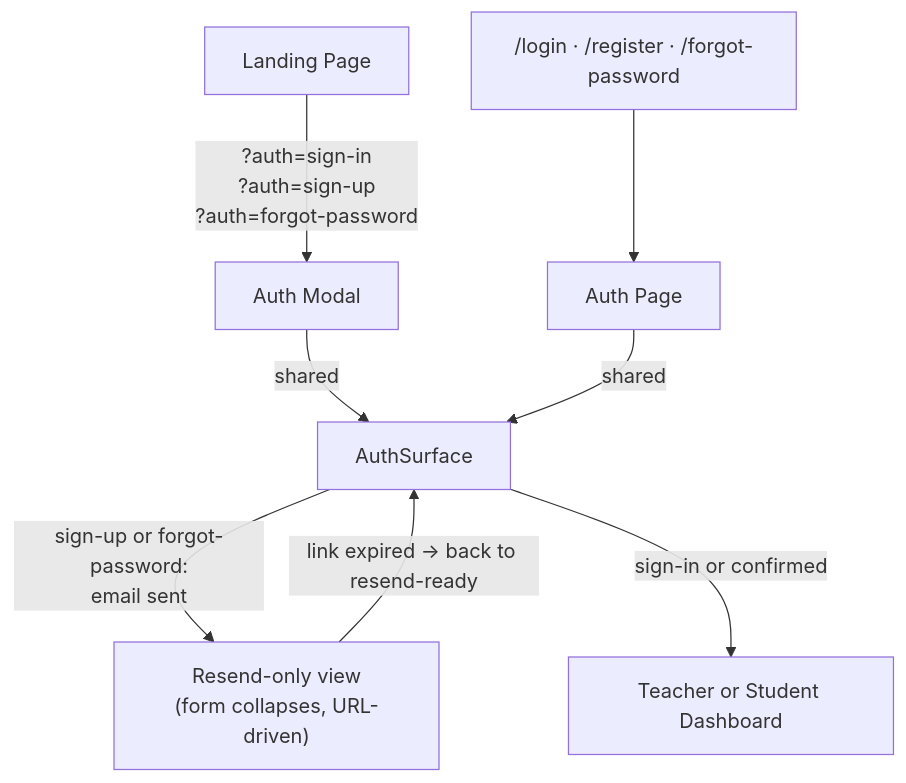
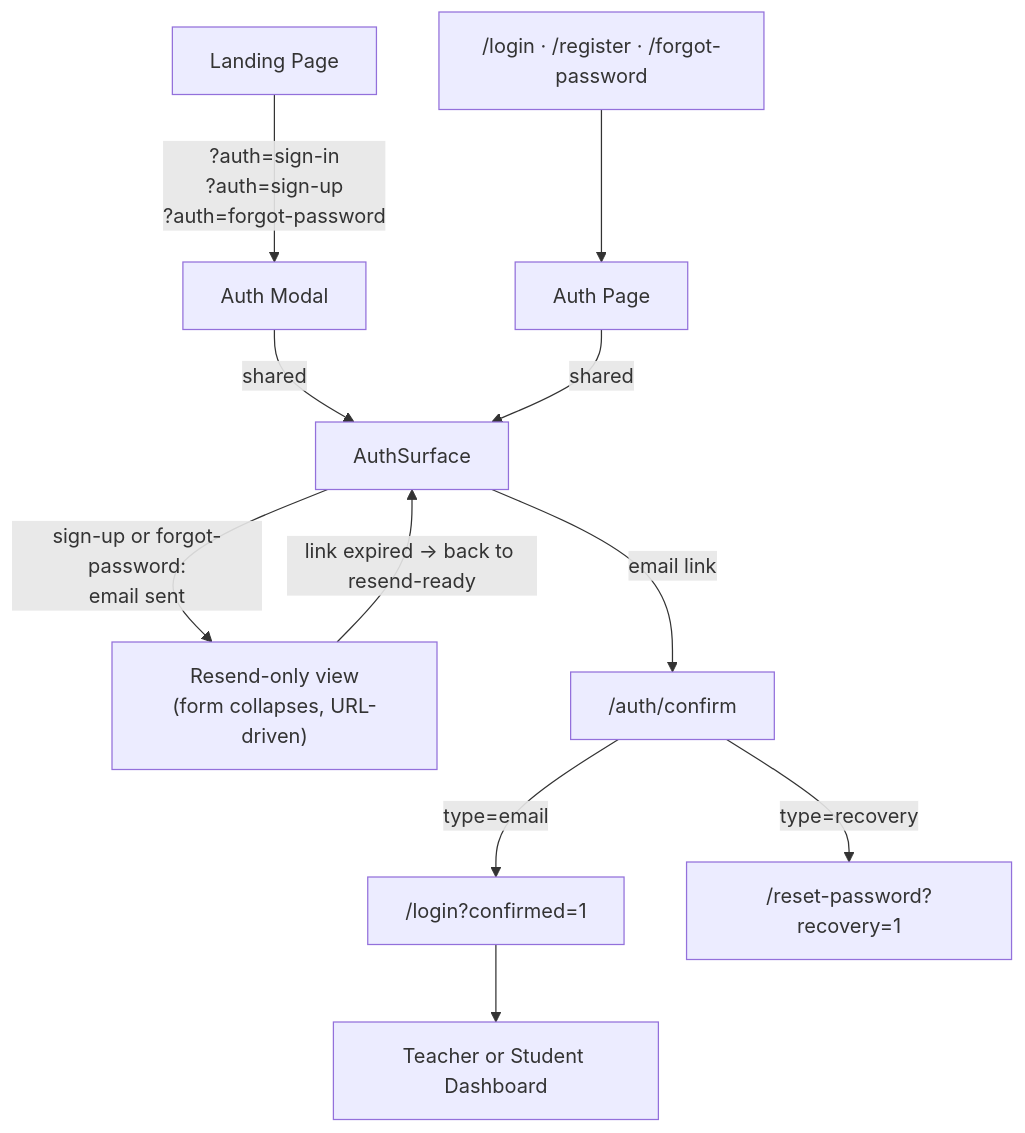
The third of 10 diagrams in UIUX.md (HaochenFa/AI-Learning-Platform-for-STEM), drawn with Mermaid before and after one commit. The commit also changed other lines of this file and 7 other files, not shown here.

````diff
--- a/UIUX.md
+++ b/UIUX.md
@@ -95,13 +97,16 @@
 ```mermaid
 flowchart TD
     LP[Landing Page] --> |"?auth=sign-in\n?auth=sign-up\n?auth=forgot-password"| Modal[Auth Modal]
     FallbackRoutes["/login · /register · /forgot-password"] --> AuthPage[Auth Page]
 
     Modal --> |shared| AS[AuthSurface]
     AuthPage --> |shared| AS
 
     AS --> |"sign-up or forgot-password:\nemail sent"| Resend["Resend-only view\n(form collapses, URL-driven)"]
-    AS --> |"sign-in or confirmed"| Dashboard[Teacher or Student Dashboard]
+    AS --> |"email link"| Callback["/auth/confirm"]
+    Callback --> |"type=email"| Login["/login?confirmed=1"]
+    Callback --> |"type=recovery"| Reset["/reset-password?recovery=1"]
+    Login --> Dashboard[Teacher or Student Dashboard]
 
     Resend --> |"link expired → back to resend-ready"| AS
 ```
````
